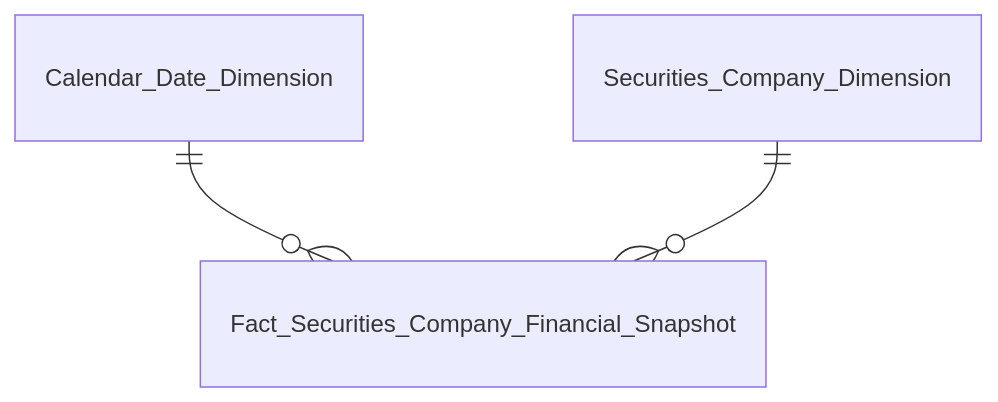
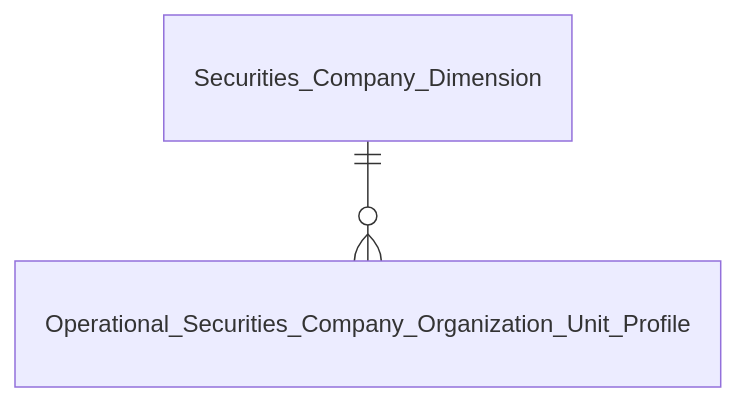
One commit to linhlvit/ubck_atomic_design changed the sixth of 7 diagrams in Datamart/hld/DTM_QLKD_Entities.md. Above: the diagram before and after it, drawn with Mermaid. The commit also changed other lines of this file and 17 other files, not shown here.

````diff
--- a/Datamart/hld/DTM_QLKD_Entities.md
+++ b/Datamart/hld/DTM_QLKD_Entities.md
@@ -214,5 +104,4 @@
 ```mermaid
 erDiagram
-    Calendar_Date_Dimension ||--o{ Fact_Securities_Company_Financial_Snapshot : " "
-    Securities_Company_Dimension ||--o{ Fact_Securities_Company_Financial_Snapshot : " "
+    Securities_Company_Dimension ||--o{ Operational_Securities_Company_Organization_Unit_Profile : " "
 ```
````
